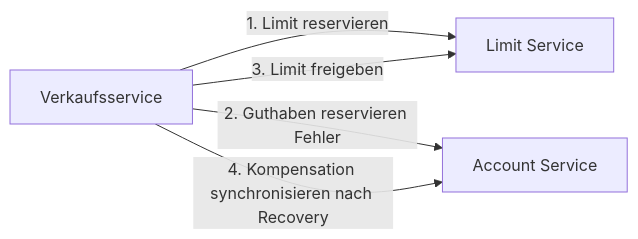
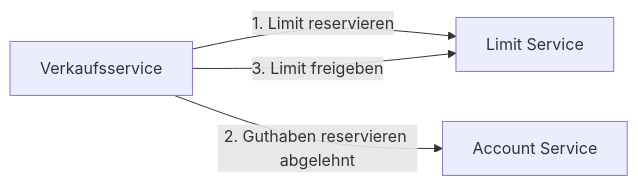
One commit to Adrian-Hansen-dev/second-hand-ticket-app changed the third of 30 diagrams in project-2/abgabe_projekt_2.md. Above: the diagram before and after it, drawn with Mermaid. The commit also changed other lines of this file, not shown here.

````diff
--- a/project-2/abgabe_projekt_2.md
+++ b/project-2/abgabe_projekt_2.md
@@ -202,11 +204,10 @@
 ```mermaid
 flowchart LR
     VS[Verkaufsservice]
     LS[Limit Service]
     AS[Account Service]
 
     VS -->|1. Limit reservieren| LS
-    VS -->|2. Guthaben reservieren Fehler| AS
+    VS -->|2. Guthaben reservieren abgelehnt| AS
     VS -->|3. Limit freigeben| LS
-    VS -->|4. Kompensation synchronisieren nach Recovery| AS
 ```
````
